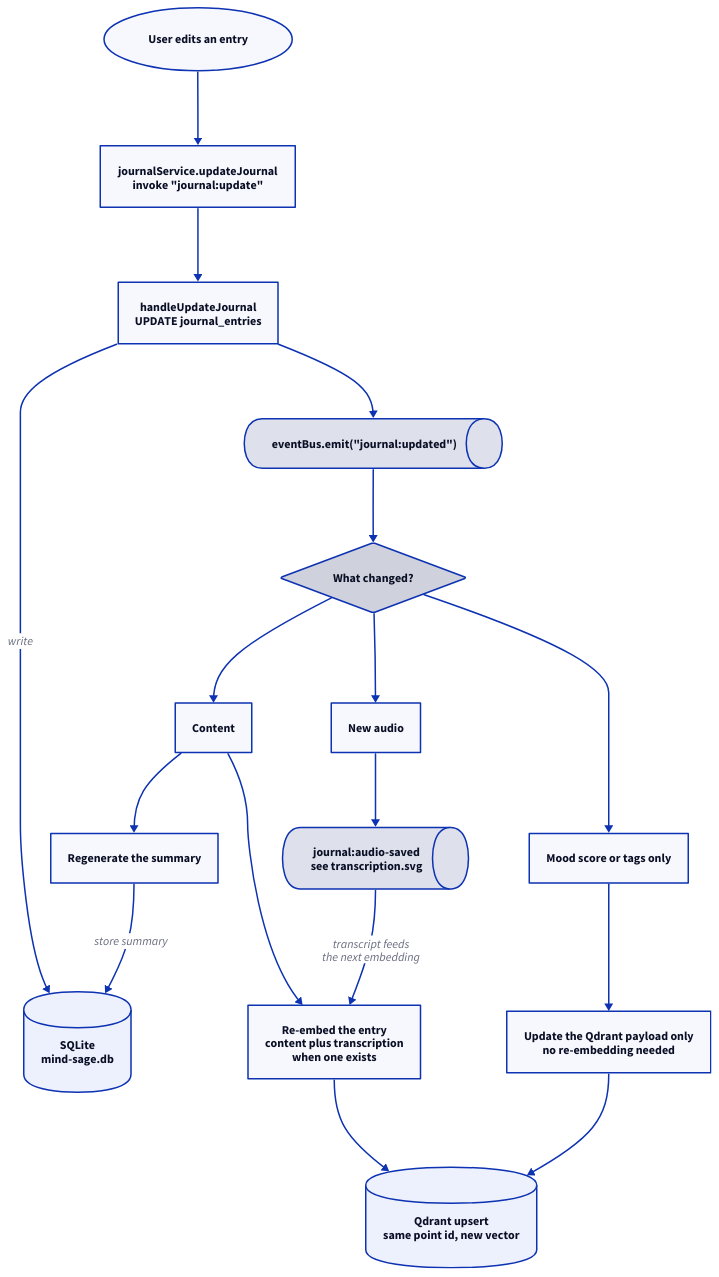
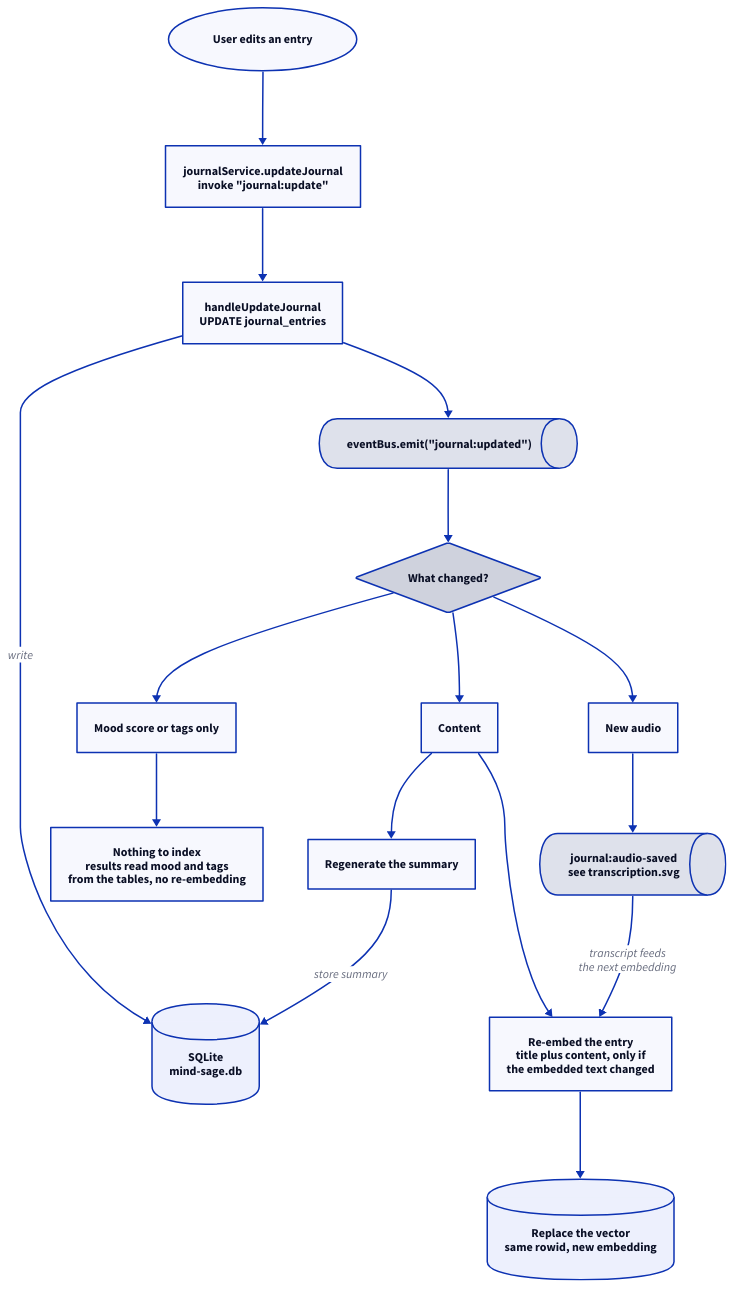
One commit to Arinaymaybhaskar/MindSage_desktop_app changed the diagram in assets/diagrams/src/update-journal.d2. Above: the diagram before and after it, drawn with D2. The commit also changed 37 other files, not shown here.

First line of the commit message:
chore(search): remove Qdrant leftovers from the UI, diagrams and README

```diff
--- a/assets/diagrams/src/update-journal.d2
+++ b/assets/diagrams/src/update-journal.d2
@@ -1,85 +1,84 @@
 # Updating a journal entry. What re-runs depends on which fields changed.
-# Derived from electron/methods/journal.js and qdrantWorker.js.
+# Derived from electron/methods/journal.js and services/indexer.js.
 
 direction: down
 
 edit: "User edits an entry" {
   shape: oval
   style.stroke-width: 2
 }
 
 ipc: "journalService.updateJournal\ninvoke \"journal:update\"" {
   style.stroke-width: 2
 }
 
 write: "handleUpdateJournal\nUPDATE journal_entries" {
   style.stroke-width: 2
 }
 
 sqlite: "SQLite\nmind-sage.db" {
   shape: cylinder
   style.stroke-width: 2
 }
 
 emit: "eventBus.emit(\"journal:updated\")" {
   shape: queue
   style.stroke-width: 2
 }
 
 changed: "What changed?" {
   shape: diamond
   style.stroke-width: 2
 }
 
 contentPath: "Content" {
   style.stroke-width: 2
 }
 
 moodPath: "Mood score or tags only" {
   style.stroke-width: 2
 }
 
 audioPath: "New audio" {
   style.stroke-width: 2
 }
 
-reembed: "Re-embed the entry\ncontent plus transcription\nwhen one exists" {
+reembed: "Re-embed the entry\ntitle plus content, only if\nthe embedded text changed" {
   style.stroke-width: 2
 }
 
 resummarise: "Regenerate the summary" {
   style.stroke-width: 2
 }
 
-payloadOnly: "Update the Qdrant payload only\nno re-embedding needed" {
+payloadOnly: "Nothing to index\nresults read mood and tags\nfrom the tables, no re-embedding" {
   style.stroke-width: 2
 }
 
 transcribe: "journal:audio-saved\nsee transcription.svg" {
   shape: queue
   style.stroke-width: 2
 }
 
-qdrant: "Qdrant upsert\nsame point id, new vector" {
+vec: "Replace the vector\nsame rowid, new embedding" {
   shape: cylinder
   style.stroke-width: 2
 }
 
 edit -> ipc -> write
 write -> sqlite: "write"
 write -> emit
 emit -> changed
 changed -> contentPath
 changed -> moodPath
 changed -> audioPath
 
 contentPath -> reembed
 contentPath -> resummarise
 resummarise -> sqlite: "store summary"
-reembed -> qdrant
+reembed -> vec
 
 moodPath -> payloadOnly
-payloadOnly -> qdrant
 
 audioPath -> transcribe
 transcribe -> reembed: "transcript feeds\nthe next embedding"
```
